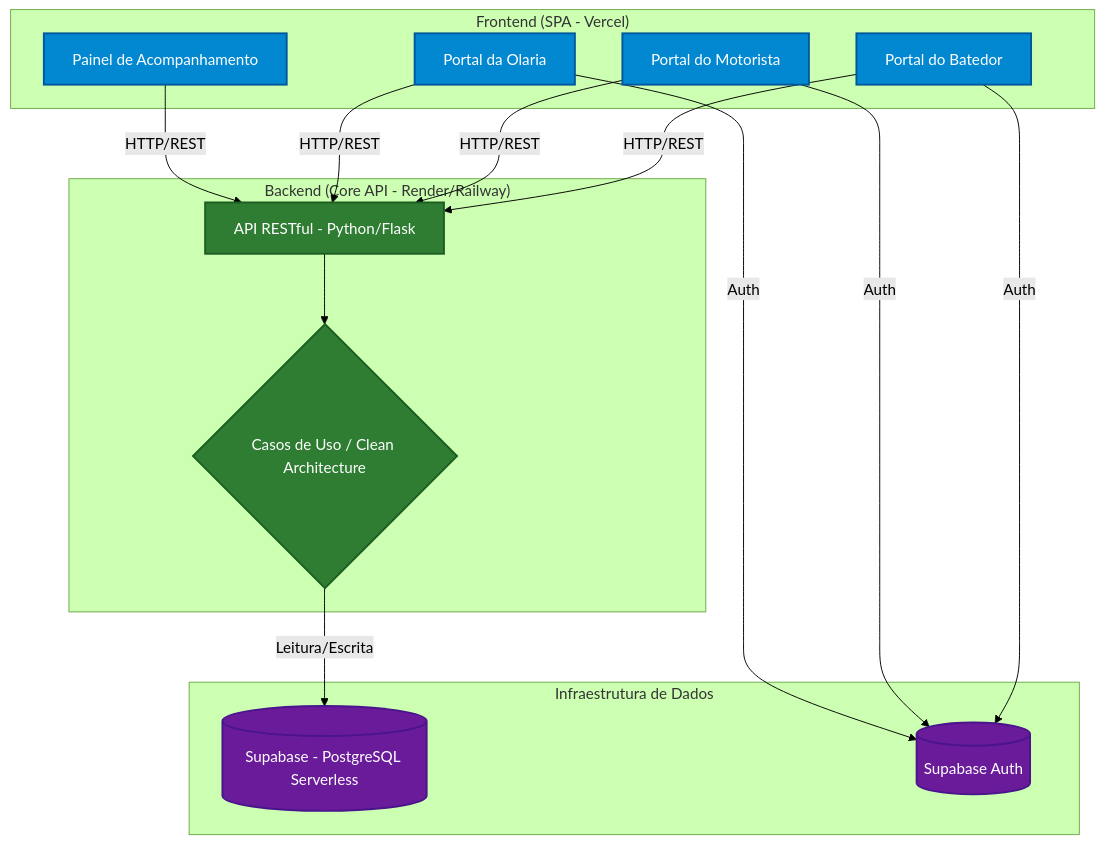
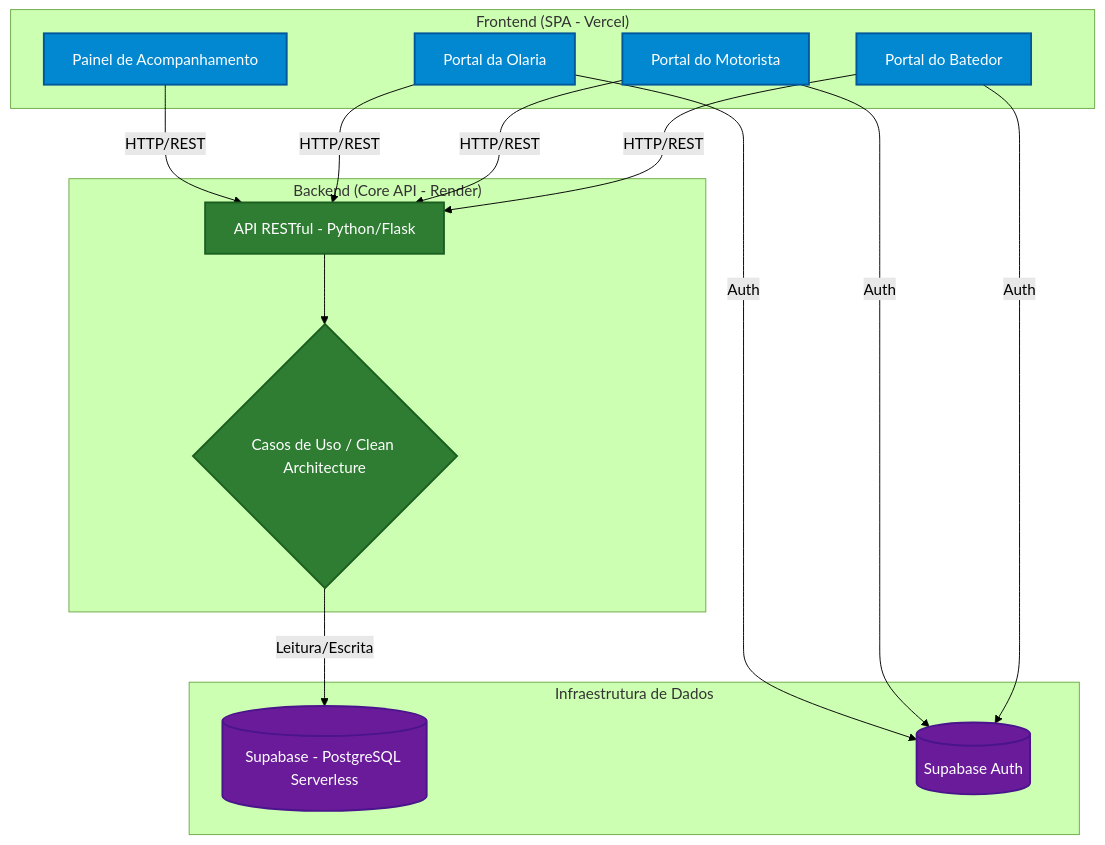
The second of 2 diagrams in README.md (MCTHIAS/acailoop), drawn with Mermaid (forest theme) before and after one commit. The commit also changed other lines of this file and 2 other files, not shown here.

````diff
--- a/README.md
+++ b/README.md
@@ -136,38 +169,38 @@
 ```mermaid
 graph TD
     subgraph "Frontend (SPA - Vercel)"
         UI_Producer[Portal do Batedor]
         UI_Driver[Portal do Motorista]
         UI_Brickyard[Portal da Olaria]
         UI_History[Painel de Acompanhamento]
     end
 
-    subgraph "Backend (Core API - Render/Railway)"
+    subgraph "Backend (Core API - Render)"
         API[API RESTful - Python/Flask]
         UseCases{Casos de Uso / Clean Architecture}
     end
 
     subgraph "Infraestrutura de Dados"
         DB[(Supabase - PostgreSQL Serverless)]
         Auth[(Supabase Auth)]
     end
 
     UI_Producer -->|HTTP/REST| API
     UI_Driver -->|HTTP/REST| API
     UI_Brickyard -->|HTTP/REST| API
     UI_History -->|HTTP/REST| API
 
     API --> UseCases
     UseCases -->|Leitura/Escrita| DB
     UI_Producer -->|Auth| Auth
     UI_Driver -->|Auth| Auth
     UI_Brickyard -->|Auth| Auth
 
     classDef frontend fill:#0288d1,stroke:#01579b,color:#ffffff,stroke-width:2px
     classDef backend fill:#2e7d32,stroke:#1b5e20,color:#ffffff,stroke-width:2px
     classDef infra fill:#6a1b9a,stroke:#4a148c,color:#ffffff,stroke-width:2px
 
     class UI_Producer,UI_Driver,UI_Brickyard,UI_History frontend
     class API,UseCases backend
     class DB,Auth infra
 ```
````
